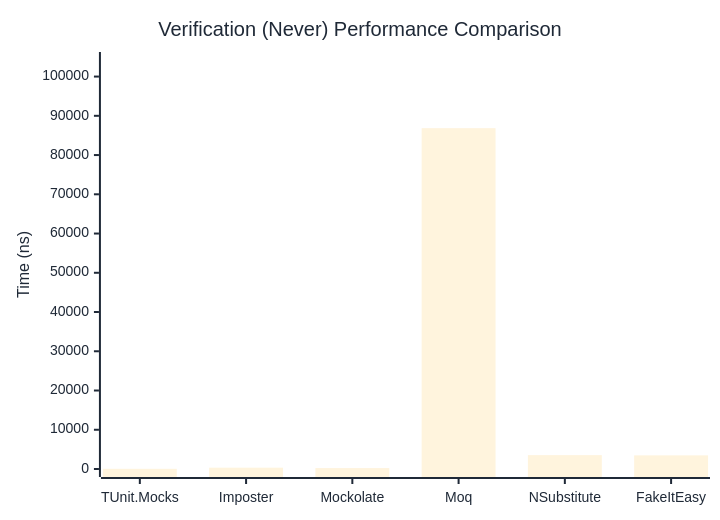
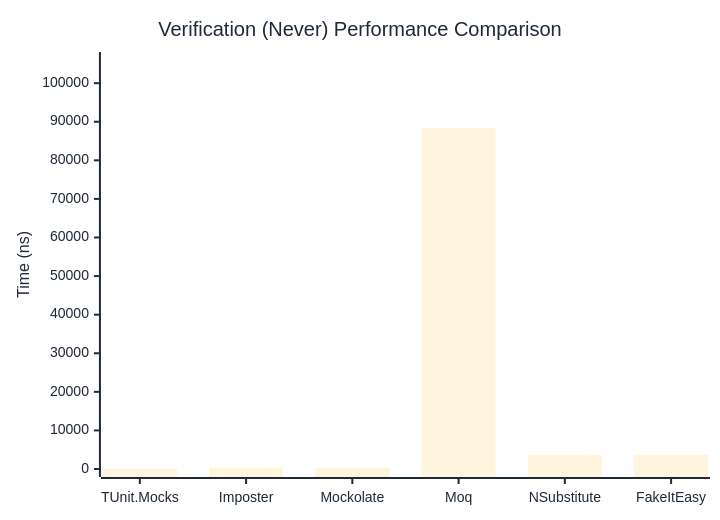
Before and after one commit to thomhurst/TUnit: the second of 3 diagrams in docs/docs/benchmarks/mocks/Verification.md, drawn with Mermaid. The commit also changed other lines of this file and 14 other files, not shown here.

````diff
--- a/docs/docs/benchmarks/mocks/Verification.md
+++ b/docs/docs/benchmarks/mocks/Verification.md
@@ -69,27 +69,27 @@
 ```mermaid
 %%{init: {
   'theme':'base',
   'themeVariables': {
     'primaryColor': '#2563eb',
     'primaryTextColor': '#1f2937',
     'primaryBorderColor': '#1e40af',
     'lineColor': '#6b7280',
     'secondaryColor': '#7c3aed',
     'tertiaryColor': '#dc2626',
     'background': '#ffffff',
     'pie1': '#2563eb',
     'pie2': '#7c3aed',
     'pie3': '#dc2626',
     'pie4': '#f59e0b',
     'pie5': '#10b981',
     'pie6': '#06b6d4',
     'pie7': '#ec4899',
     'pie8': '#6366f1'
   }
 }}%%
 xychart-beta
   title "Verification (Never) Performance Comparison"
   x-axis ["TUnit.Mocks", "Imposter", "Mockolate", "Moq", "NSubstitute", "FakeItEasy"]
-  y-axis "Time (ns)" 0 --> 104222
-  bar [48.66, 335.27, 237.73, 86850.85, 3533.56, 3472.08]
+  y-axis "Time (ns)" 0 --> 106003
+  bar [52.64, 364.33, 256.56, 88335.35, 3692.85, 3704.23]
 ```
````
